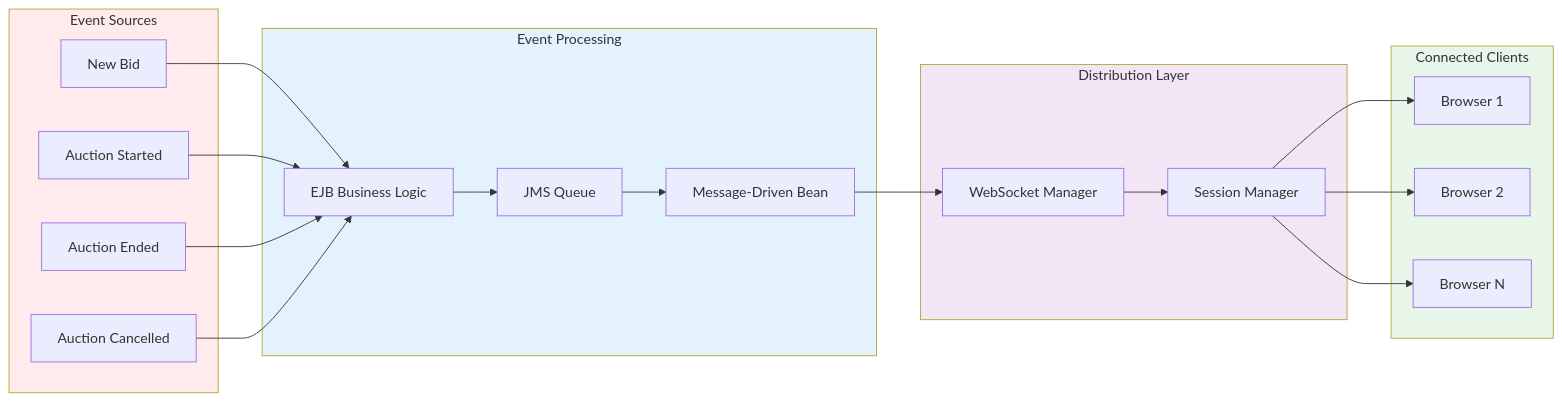
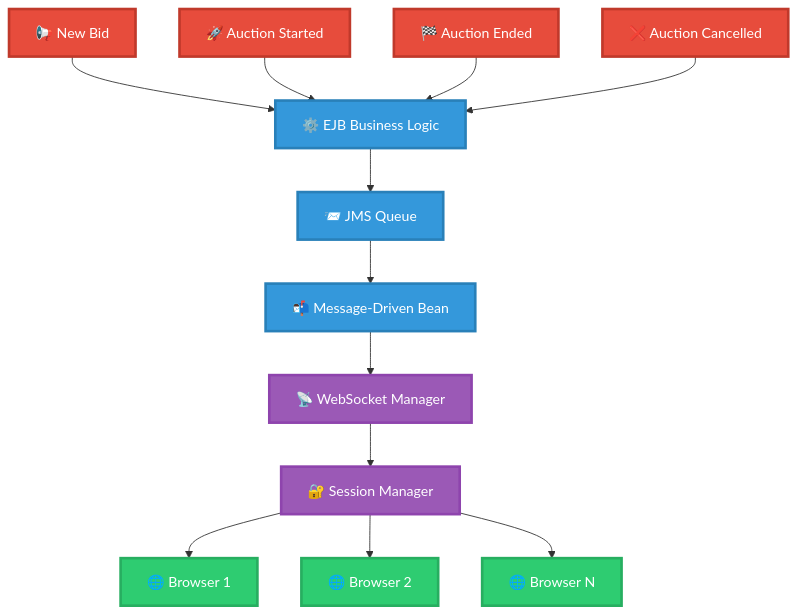
The third of 4 diagrams in README.md (isharax9/AuctionSystem), drawn with Mermaid before and after one commit. The commit also changed other lines of this file, not shown here.

Commit message:
refactor: simplify mermaid diagrams and enhance readability in README.md

````diff
--- a/README.md
+++ b/README.md
@@ -175,45 +173,42 @@
 ```mermaid
-graph LR
-    subgraph Sources["Event Sources"]
-        A[New Bid]
-        B[Auction Started]
-        C[Auction Ended]
-        D[Auction Cancelled]
-    end
+graph TB
+    A[📢 New Bid]
+    B[🚀 Auction Started]
+    C[🏁 Auction Ended]
+    D[❌ Auction Cancelled]
     
-    subgraph Processing["Event Processing"]
-        E[EJB Business Logic]
-        F[JMS Queue]
-        G[Message-Driven Bean]
-    end
+    E[⚙️ EJB Business Logic]
+    F[📨 JMS Queue]
+    G[📬 Message-Driven Bean]
     
-    subgraph Distribution["Distribution Layer"]
-        H[WebSocket Manager]
-        I[Session Manager]
-    end
+    H[📡 WebSocket Manager]
+    I[🔐 Session Manager]
     
-    subgraph Clients["Connected Clients"]
-        J[Browser 1]
-        K[Browser 2]
-        L[Browser N]
-    end
+    J[🌐 Browser 1]
+    K[🌐 Browser 2]
+    L[🌐 Browser N]
     
     A --> E
     B --> E
     C --> E
     D --> E
     
     E --> F
     F --> G
     G --> H
     
     H --> I
     I --> J
     I --> K
     I --> L
     
-    style Sources fill:#ffebee
-    style Processing fill:#e3f2fd
-    style Distribution fill:#f3e5f5
-    style Clients fill:#e8f5e9
+    classDef eventStyle fill:#E74C3C,stroke:#C0392B,stroke-width:3px,color:#fff
+    classDef processStyle fill:#3498DB,stroke:#2980B9,stroke-width:3px,color:#fff
+    classDef distStyle fill:#9B59B6,stroke:#8E44AD,stroke-width:3px,color:#fff
+    classDef clientStyle fill:#2ECC71,stroke:#27AE60,stroke-width:3px,color:#fff
+    
+    class A,B,C,D eventStyle
+    class E,F,G processStyle
+    class H,I distStyle
+    class J,K,L clientStyle
 ```
````
